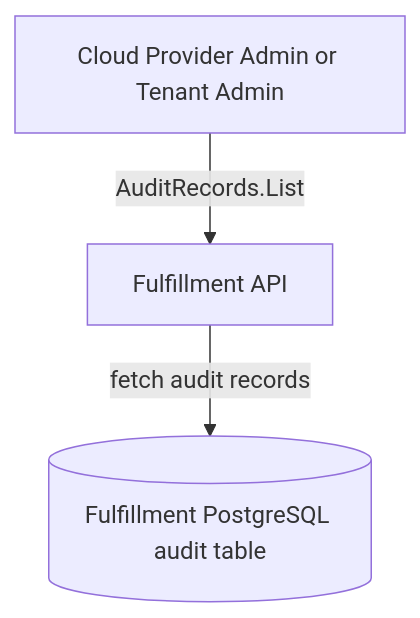
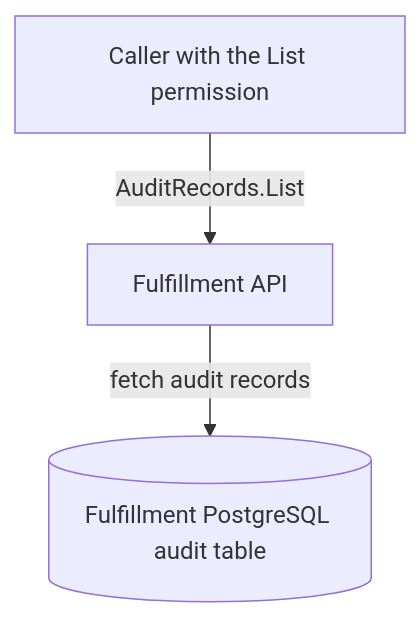
Before and after one commit to osac-project/enhancement-proposals: the second of 2 diagrams in enhancements/OSAC-63-audit-log-api/design.md, drawn with Mermaid. The commit also changed other lines of this file, not shown here.

First line of the commit message:
OSAC-63: define audit list permission scopes

````diff
--- a/enhancements/OSAC-63-audit-log-api/design.md
+++ b/enhancements/OSAC-63-audit-log-api/design.md
@@ -175,8 +175,8 @@
 ```mermaid
 flowchart TB
-  Admin[Cloud Provider Admin or Tenant Admin]
+  Caller[Caller with the List permission]
   API[Fulfillment API]
   DB[(Fulfillment PostgreSQL audit table)]
-  Admin -->|AuditRecords.List| API
+  Caller -->|AuditRecords.List| API
   API -->|fetch audit records| DB
 ```
````
